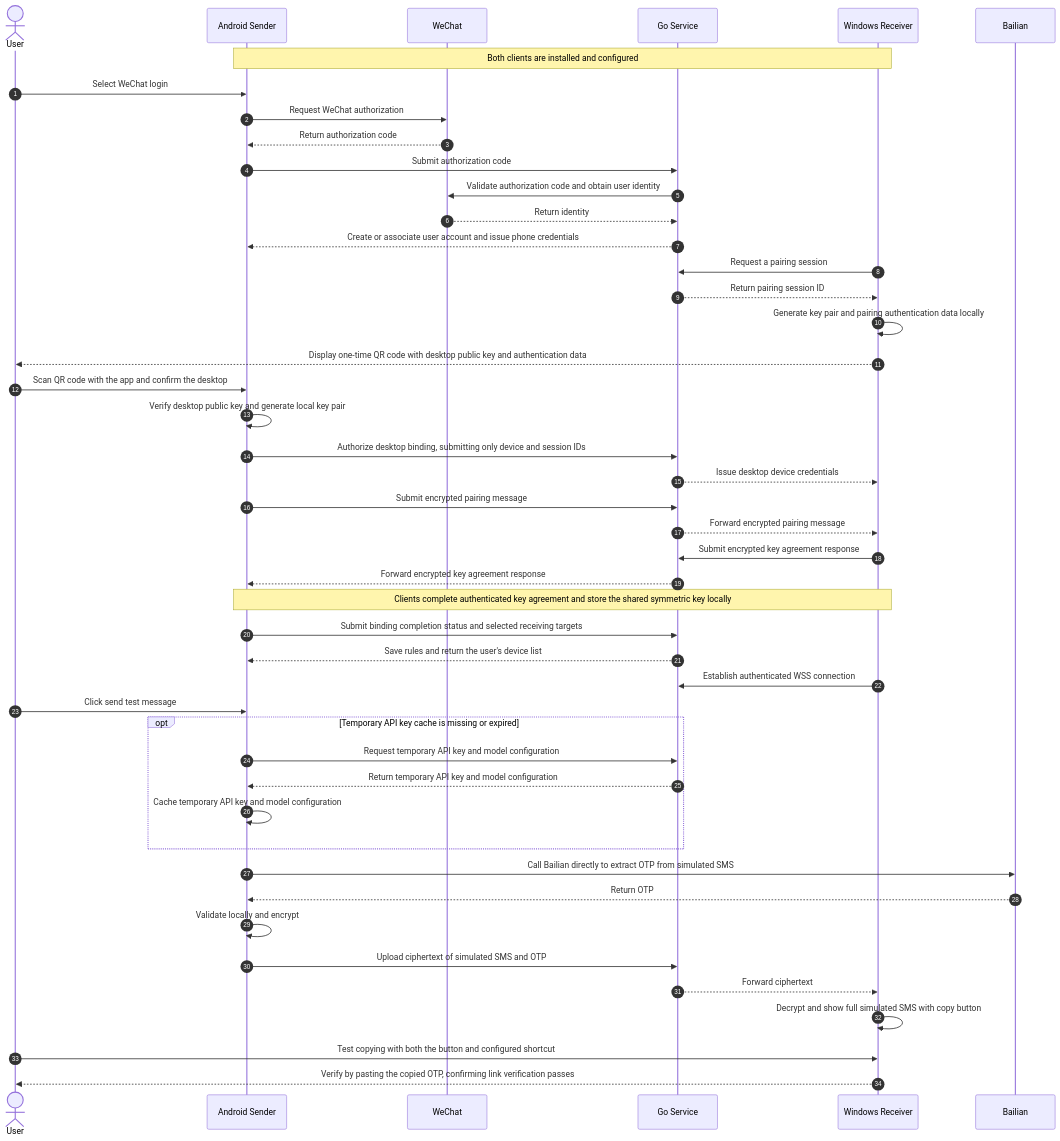
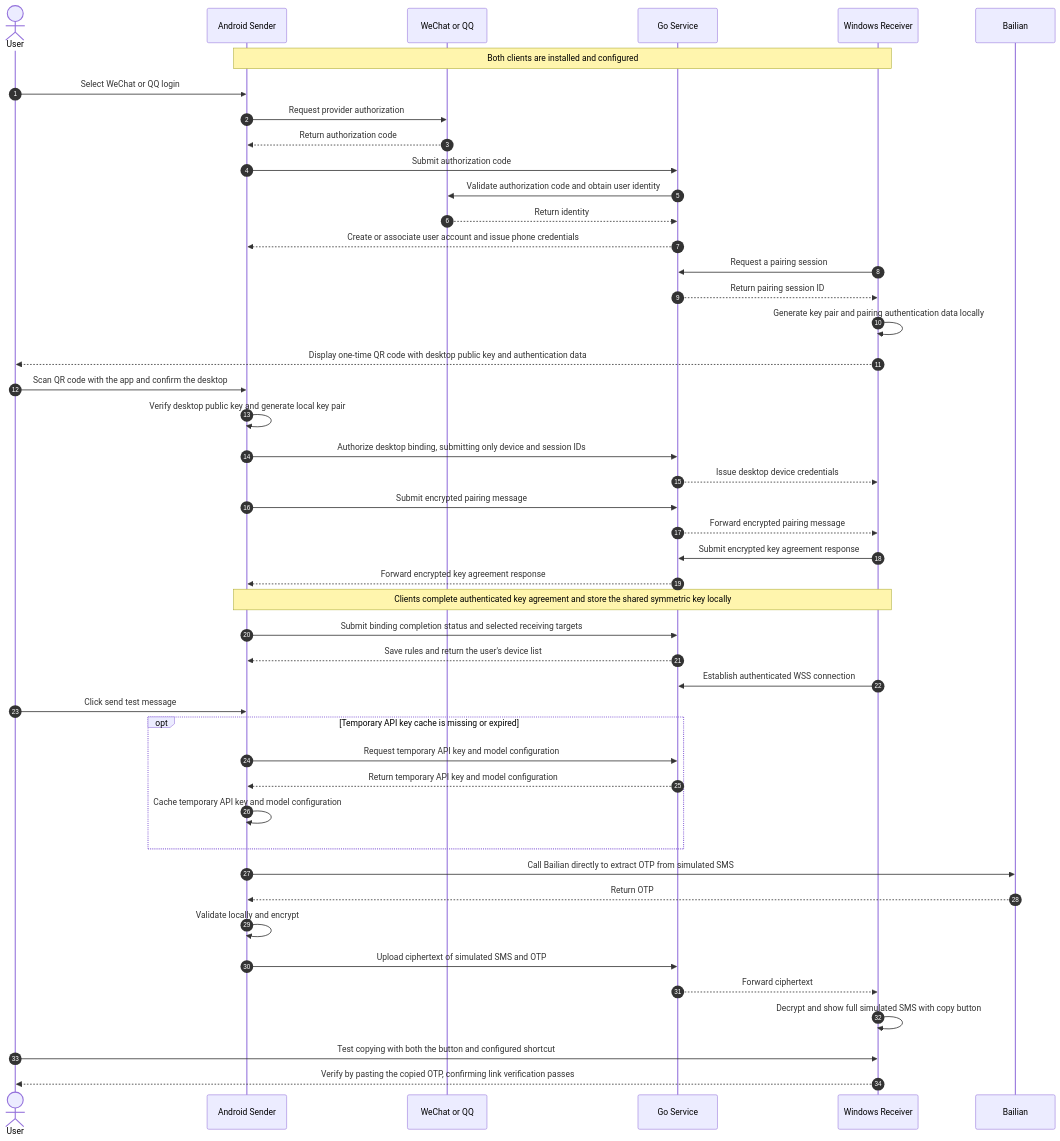
Before and after one commit to BuddyLabsCo/pin-glide-service: the fourth of 4 diagrams in docs/drafts/pin-glide-tech-overview.md, drawn with Mermaid. The commit also changed other lines of this file and 70 other files, not shown here.

````diff
--- a/docs/drafts/pin-glide-tech-overview.md
+++ b/docs/drafts/pin-glide-tech-overview.md
@@ -174,49 +174,49 @@
 ```mermaid
 sequenceDiagram
     autonumber
     actor U as User
     participant A as Android Sender
-    participant X as WeChat
+    participant X as WeChat or QQ
     participant W as Go Service
     participant D as Windows Receiver
     participant L as Bailian
 
     Note over A,D: Both clients are installed and configured
-    U->>A: Select WeChat login
-    A->>X: Request WeChat authorization
+    U->>A: Select WeChat or QQ login
+    A->>X: Request provider authorization
     X-->>A: Return authorization code
     A->>W: Submit authorization code
     W->>X: Validate authorization code and obtain user identity
     X-->>W: Return identity
     W-->>A: Create or associate user account and issue phone credentials
     D->>W: Request a pairing session
     W-->>D: Return pairing session ID
     D->>D: Generate key pair and pairing authentication data locally
     D-->>U: Display one-time QR code with desktop public key and authentication data
     U->>A: Scan QR code with the app and confirm the desktop
     A->>A: Verify desktop public key and generate local key pair
     A->>W: Authorize desktop binding, submitting only device and session IDs
     W-->>D: Issue desktop device credentials
     A->>W: Submit encrypted pairing message
     W-->>D: Forward encrypted pairing message
     D->>W: Submit encrypted key agreement response
     W-->>A: Forward encrypted key agreement response
     Note over A,D: Clients complete authenticated key agreement and store the shared symmetric key locally
     A->>W: Submit binding completion status and selected receiving targets
     W-->>A: Save rules and return the user's device list
     D->>W: Establish authenticated WSS connection
     U->>A: Click send test message
     opt Temporary API key cache is missing or expired
         A->>W: Request temporary API key and model configuration
         W-->>A: Return temporary API key and model configuration
         A->>A: Cache temporary API key and model configuration
     end
     A->>L: Call Bailian directly to extract OTP from simulated SMS
     L-->>A: Return OTP
     A->>A: Validate locally and encrypt
     A->>W: Upload ciphertext of simulated SMS and OTP
     W-->>D: Forward ciphertext
     D->>D: Decrypt and show full simulated SMS with copy button
     U->>D: Test copying with both the button and configured shortcut
     D-->>U: Verify by pasting the copied OTP, confirming link verification passes
 ```
````
